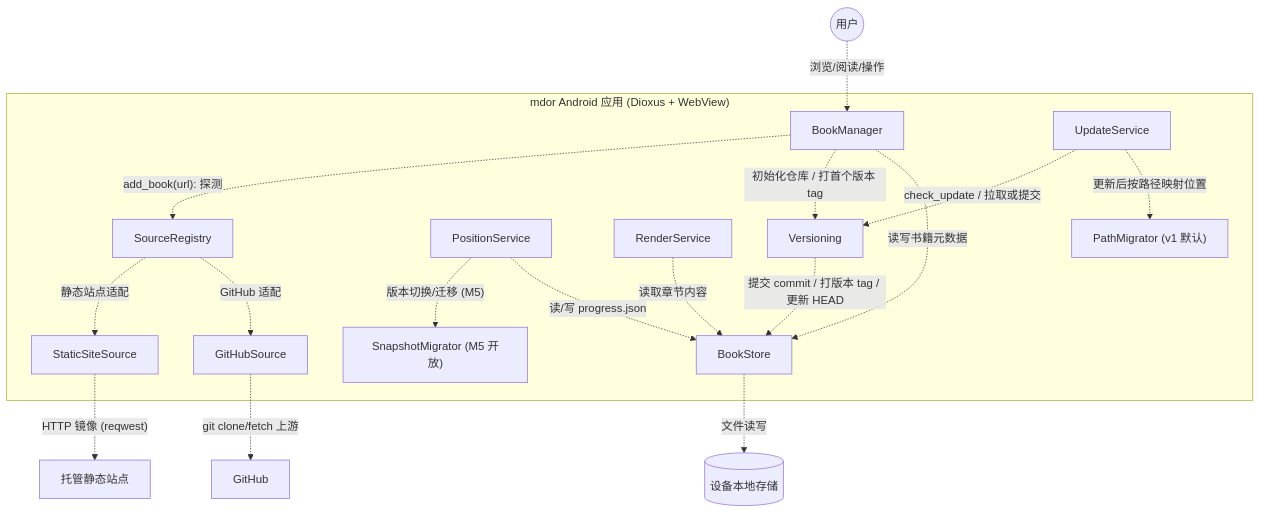
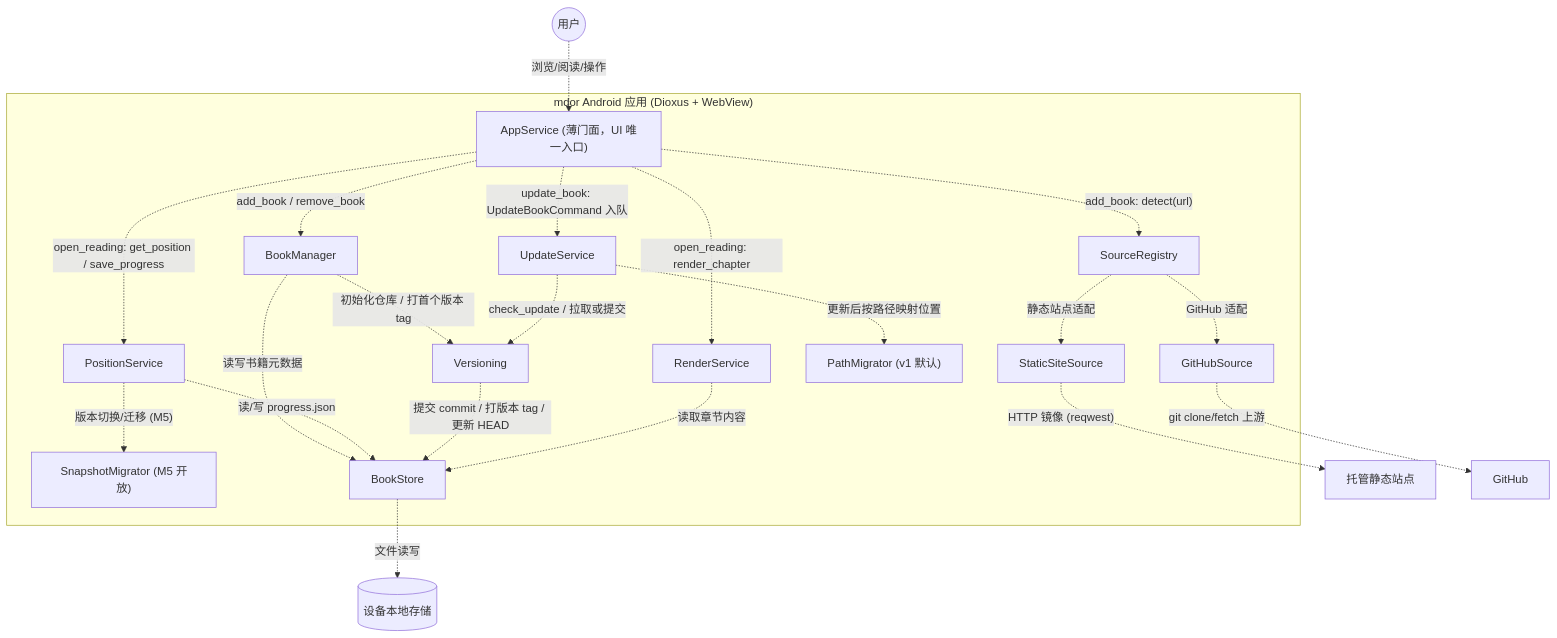
One commit to MNFConde/mdor changed the first of 5 diagrams in doc/project.md. Above: the diagram before and after it, drawn with Mermaid. The commit also changed other lines of this file and 1 other file, not shown here.

````diff
--- a/doc/project.md
+++ b/doc/project.md
@@ -76,36 +78,41 @@
 ```mermaid
 graph TB
   User(("用户"))
   subgraph Mdor["mdor Android 应用 (Dioxus + WebView)"]
+    Mdor.AppService["AppService (薄门面，UI 唯一入口)"]
     Mdor.BookManager["BookManager"]
     Mdor.SourceRegistry["SourceRegistry"]
     Mdor.UpdateService["UpdateService"]
     Mdor.PositionService["PositionService"]
     Mdor.RenderService["RenderService"]
     Mdor.StaticSite["StaticSiteSource"]
     Mdor.GithubSource["GitHubSource"]
     Mdor.SnapshotMigrator["SnapshotMigrator (M5 开放)"]
     Mdor.PathMigrator["PathMigrator (v1 默认)"]
     Mdor.Versioning["Versioning"]
     Mdor.BookStore["BookStore"]
   end
   RemoteHtml["托管静态站点"]
   Github["GitHub"]
   Fs[("设备本地存储")]
 
-  User -. "浏览/阅读/操作" .-> Mdor.BookManager
-  Mdor.BookManager -. "add_book(url): 探测" .-> Mdor.SourceRegistry
+  User -. "浏览/阅读/操作" .-> Mdor.AppService
+  Mdor.AppService -. "add_book / remove_book" .-> Mdor.BookManager
+  Mdor.AppService -. "add_book: detect(url)" .-> Mdor.SourceRegistry
+  Mdor.AppService -. "update_book: UpdateBookCommand 入队" .-> Mdor.UpdateService
+  Mdor.AppService -. "open_reading: get_position / save_progress" .-> Mdor.PositionService
+  Mdor.AppService -. "open_reading: render_chapter" .-> Mdor.RenderService
   Mdor.SourceRegistry -. "静态站点适配" .-> Mdor.StaticSite
   Mdor.SourceRegistry -. "GitHub 适配" .-> Mdor.GithubSource
   Mdor.BookManager -. "初始化仓库 / 打首个版本 tag" .-> Mdor.Versioning
   Mdor.BookManager -. "读写书籍元数据" .-> Mdor.BookStore
   Mdor.UpdateService -. "check_update / 拉取或提交" .-> Mdor.Versioning
   Mdor.UpdateService -. "更新后按路径映射位置" .-> Mdor.PathMigrator
   Mdor.PositionService -. "版本切换/迁移 (M5)" .-> Mdor.SnapshotMigrator
   Mdor.PositionService -. "读/写 progress.json" .-> Mdor.BookStore
   Mdor.Versioning -. "提交 commit / 打版本 tag / 更新 HEAD" .-> Mdor.BookStore
   Mdor.RenderService -. "读取章节内容" .-> Mdor.BookStore
   Mdor.StaticSite -. "HTTP 镜像 (reqwest)" .-> RemoteHtml
   Mdor.GithubSource -. "git clone/fetch 上游" .-> Github
   Mdor.BookStore -. "文件读写" .-> Fs
 ```
````
